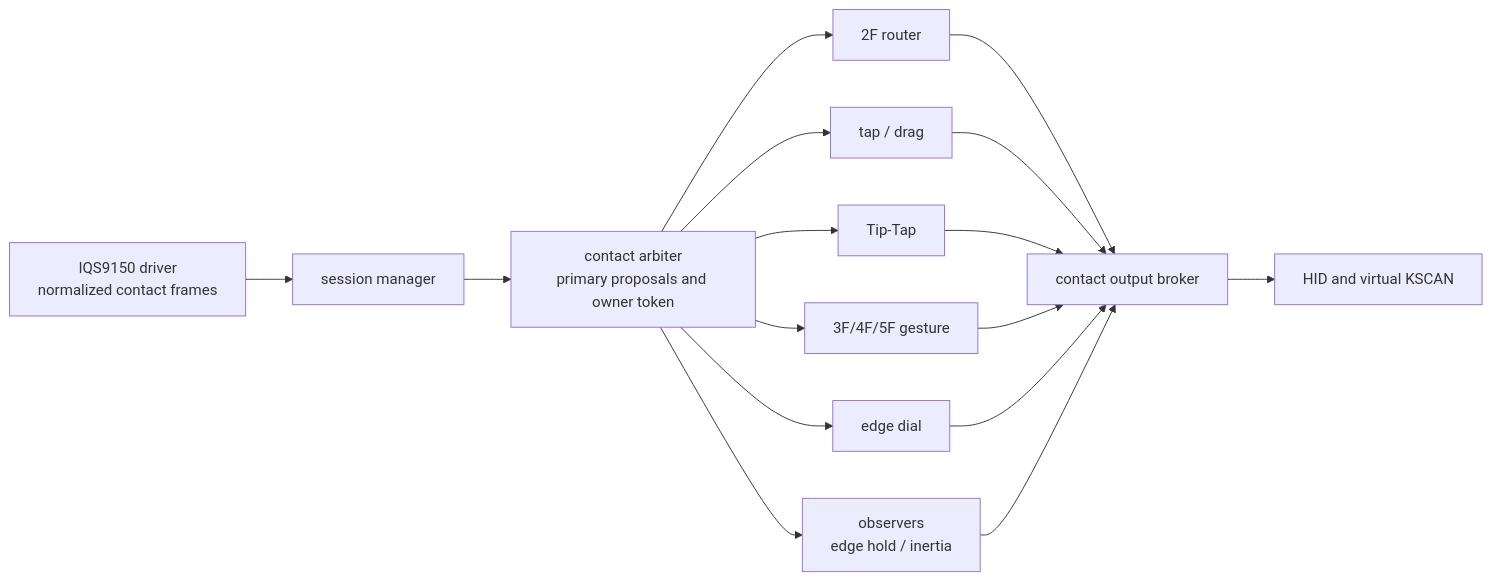
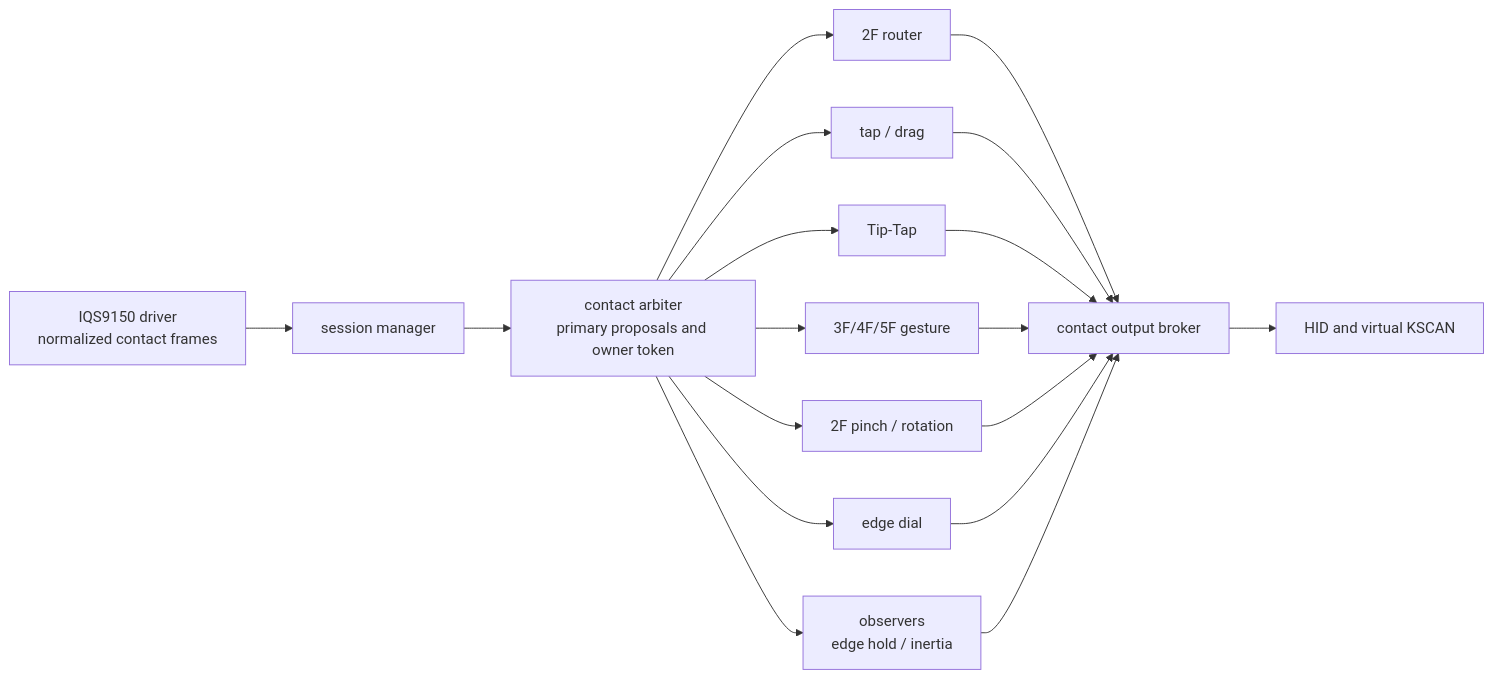
The diagram in HANDOFF.md (taichan1113/zmk-config-travelers_pad), drawn with Mermaid before and after one commit. The commit also changed other lines of this file and 5 other files, not shown here.

````diff
--- a/HANDOFF.md
+++ b/HANDOFF.md
@@ -62,18 +66,20 @@
 ```mermaid
 flowchart LR
     D[IQS9150 driver\nnormalized contact frames] --> S[session manager]
     S --> A[contact arbiter\nprimary proposals and owner token]
     A --> R[2F router]
     A --> T[tap / drag]
     A --> TT[Tip-Tap]
     A --> G[3F/4F/5F gesture]
+    A --> X[2F pinch / rotation]
     A --> E[edge dial]
     A --> O[observers\nedge hold / inertia]
     R --> B[contact output broker]
     T --> B
     TT --> B
     G --> B
+    X --> B
     E --> B
     O --> B
     B --> H[HID and virtual KSCAN]
 ```
````
